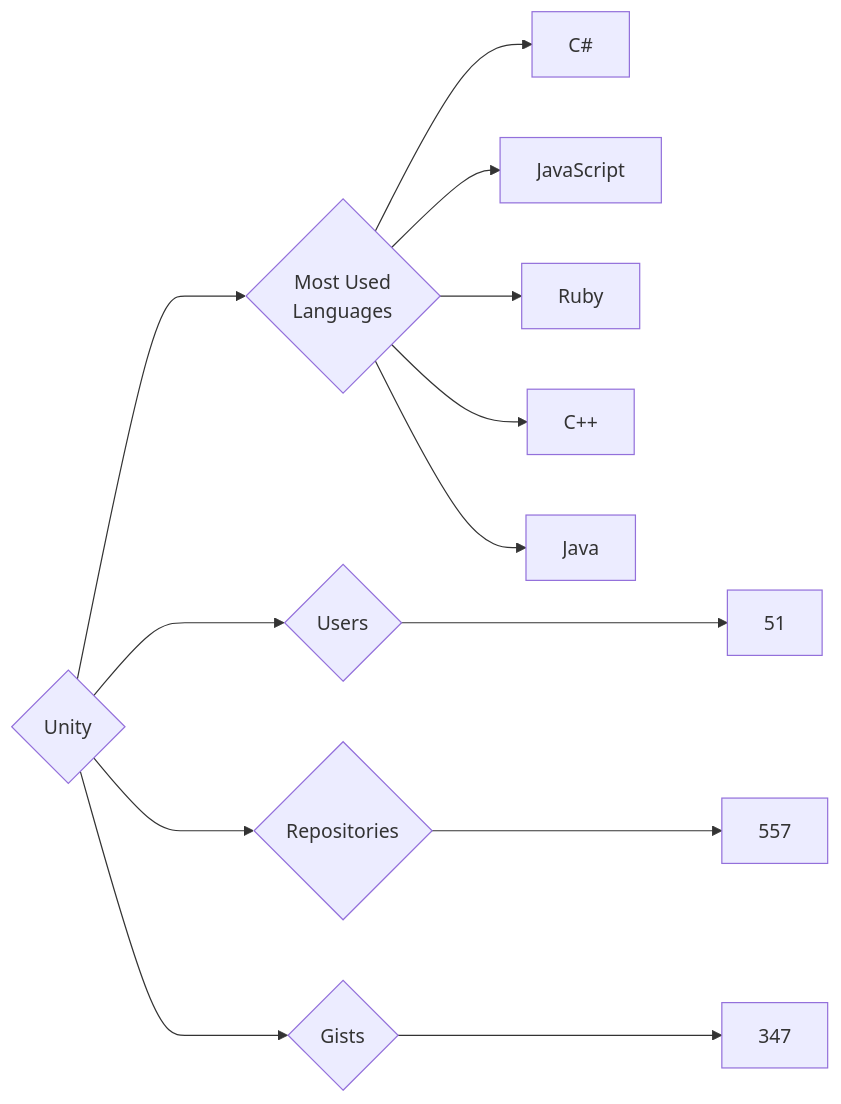
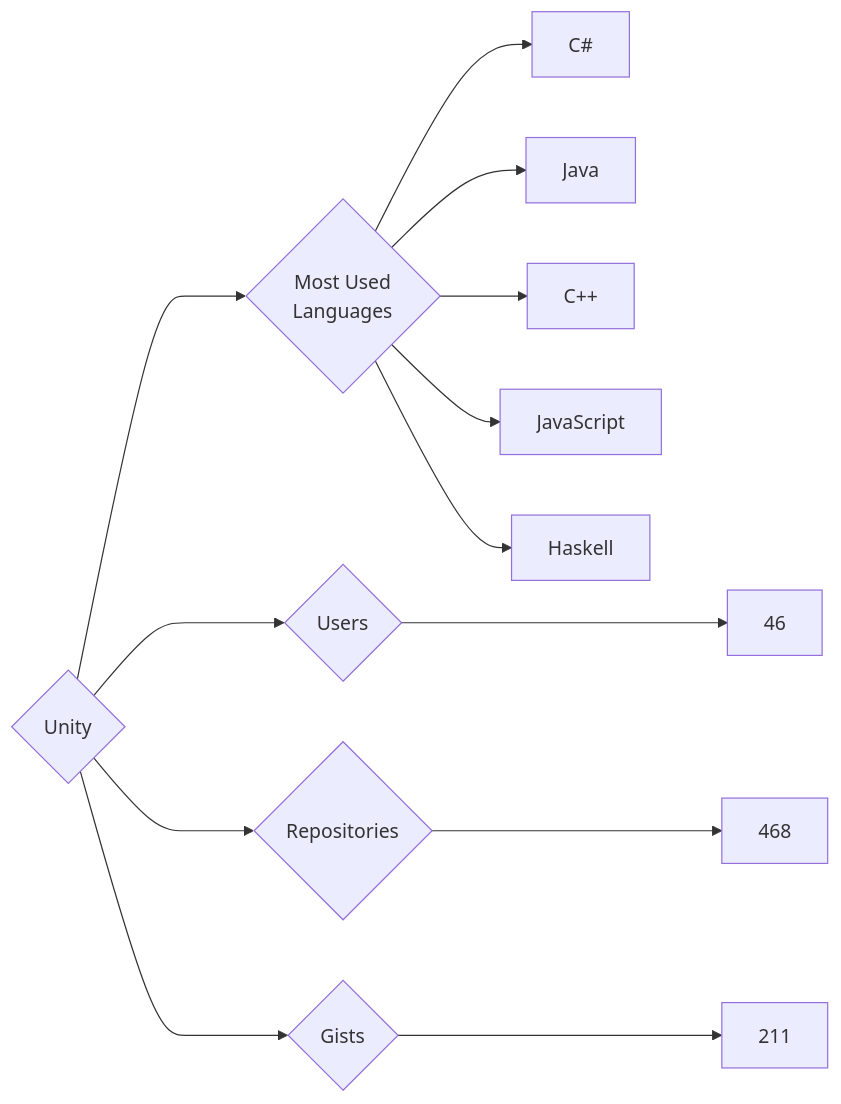
Before and after one commit to trickest/insiders: the diagram in targets/Unity/README.md, drawn with Mermaid. The commit also changed 839 other files, not shown here.

````diff
--- a/targets/Unity/README.md
+++ b/targets/Unity/README.md
@@ -3,13 +3,13 @@
 ```mermaid
 graph LR
 COMPANY_NAME{Unity}
-COMPANY_NAME ---> U{Users} ---> UN[51]
-COMPANY_NAME ---> R{Repositories} ---> RN[557]
-COMPANY_NAME ---> G{Gists} ---> GN[347]
+COMPANY_NAME ---> U{Users} ---> UN[46]
+COMPANY_NAME ---> R{Repositories} ---> RN[468]
+COMPANY_NAME ---> G{Gists} ---> GN[211]
 COMPANY_NAME ---> ML{Most Used<br>Languages}
 ML --> C#[C#]
+ML --> Java[Java]
+ML --> C++[C++]
 ML --> JavaScript[JavaScript]
-ML --> Ruby[Ruby]
-ML --> C++[C++]
-ML --> Java[Java]
+ML --> Haskell[Haskell]
 ```
````
